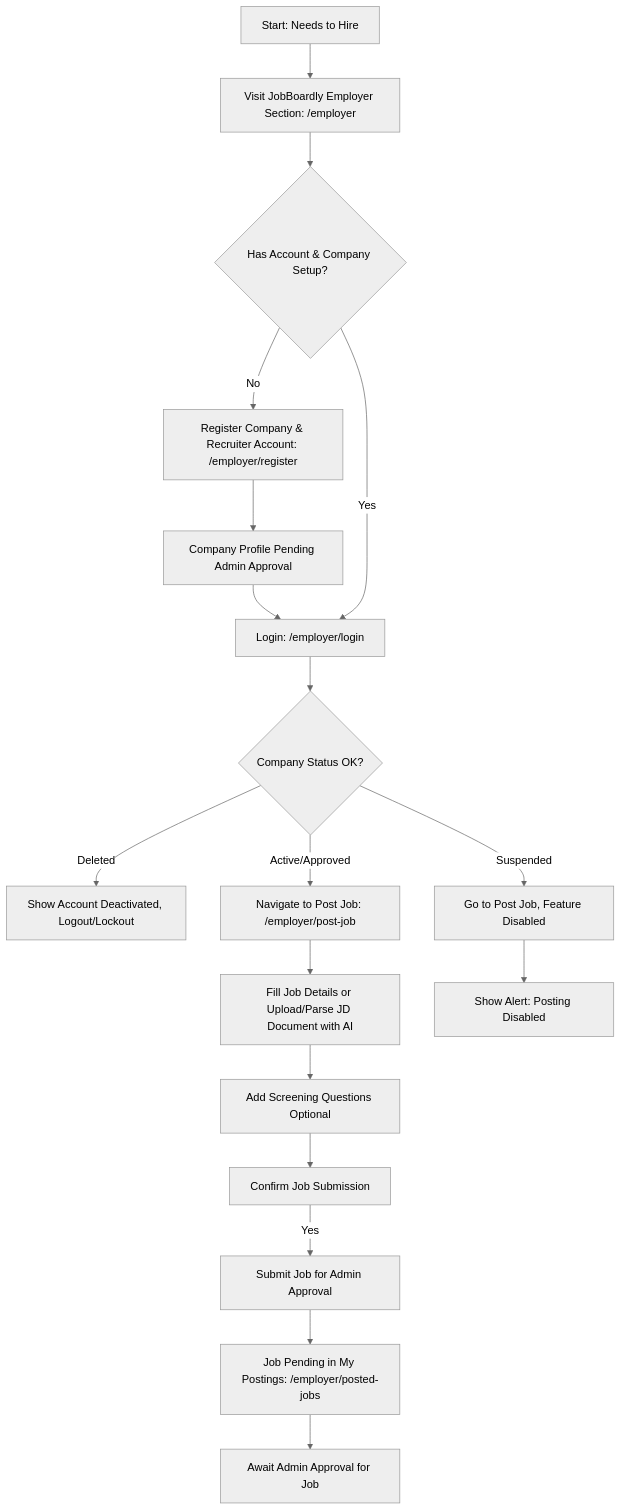
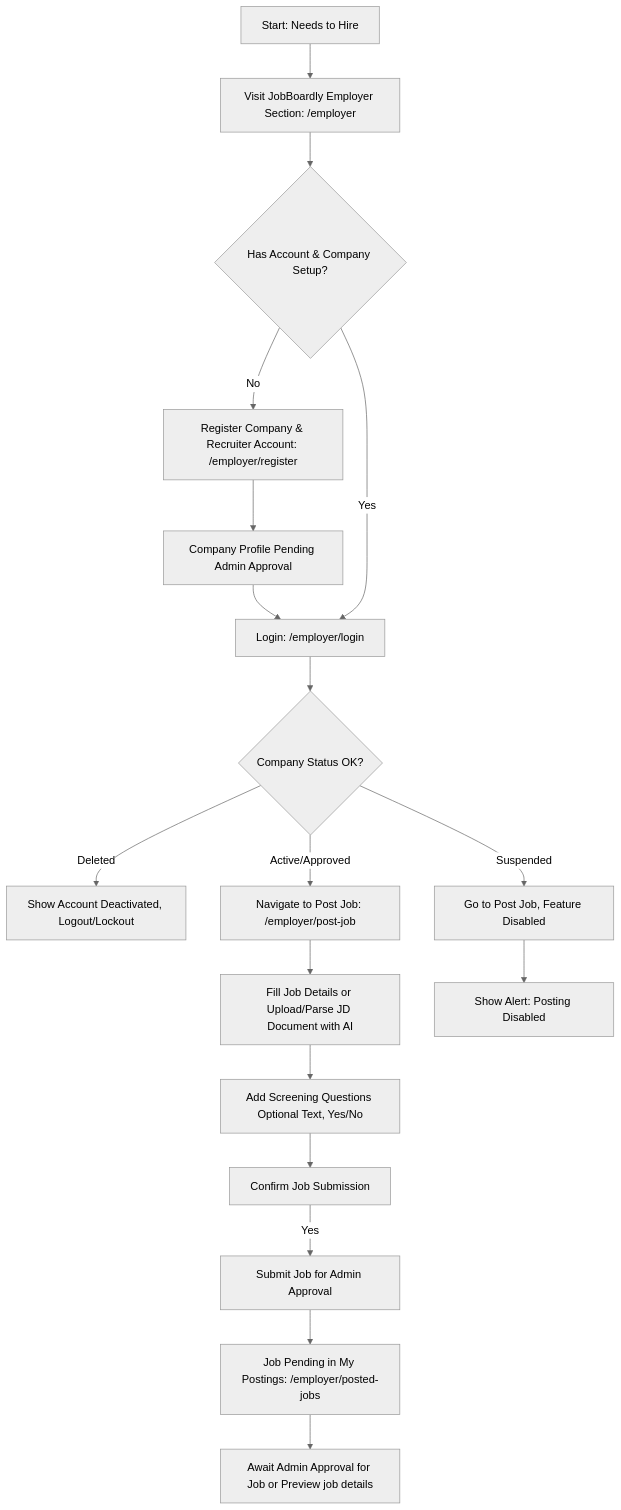
The first of 4 diagrams in src/docs/employer-features.md (KishoreKammela/JobBoardly), drawn with Mermaid (neutral theme) before and after one commit. The commit also changed other lines of this file and 1 other file, not shown here.

````diff
--- a/src/docs/employer-features.md
+++ b/src/docs/employer-features.md
@@ -107,21 +113,20 @@
 ```mermaid
 graph TD
     A[Start: Needs to Hire] --> B[Visit JobBoardly Employer Section: /employer]
     B --> C{Has Account & Company Setup?}
-    C -- No --> D[Register Company & Recruiter Account: /employer/register]
+    C -->|No| D[Register Company & Recruiter Account: /employer/register]
     D --> E[Company Profile Pending Admin Approval]
     E --> F[Login: /employer/login]
     F --> F_check_status{Company Status OK?}
-    F_check_status -- Deleted --> F_deleted[Show Account Deactivated, Logout/Lockout]
-    F_check_status -- Suspended --> G_suspended[Go to Post Job, Feature Disabled]
-    C -- Yes --> F
-    F_check_status -- Active/Approved --> G[Navigate to Post Job: /employer/post-job]
+    F_check_status -->|Deleted| F_deleted[Show Account Deactivated, Logout/Lockout]
+    F_check_status -->|Suspended| G_suspended[Go to Post Job, Feature Disabled]
+    C -->|Yes| F
+    F_check_status -->|Active/Approved| G[Navigate to Post Job: /employer/post-job]
     G --> H[Fill Job Details or Upload/Parse JD Document with AI]
-    H --> I[Add Screening Questions Optional]
+    H --> I[Add Screening Questions Optional Text, Yes/No]
     I --> J_confirm[Confirm Job Submission]
-    J_confirm -- Yes --> J[Submit Job for Admin Approval]
+    J_confirm -->|Yes| J[Submit Job for Admin Approval]
     J --> K[Job Pending in My Postings: /employer/posted-jobs]
-    K --> L[Await Admin Approval for Job]
-
+    K --> L[Await Admin Approval for Job or Preview job details]
     G_suspended --> M[Show Alert: Posting Disabled]
 ```
````
